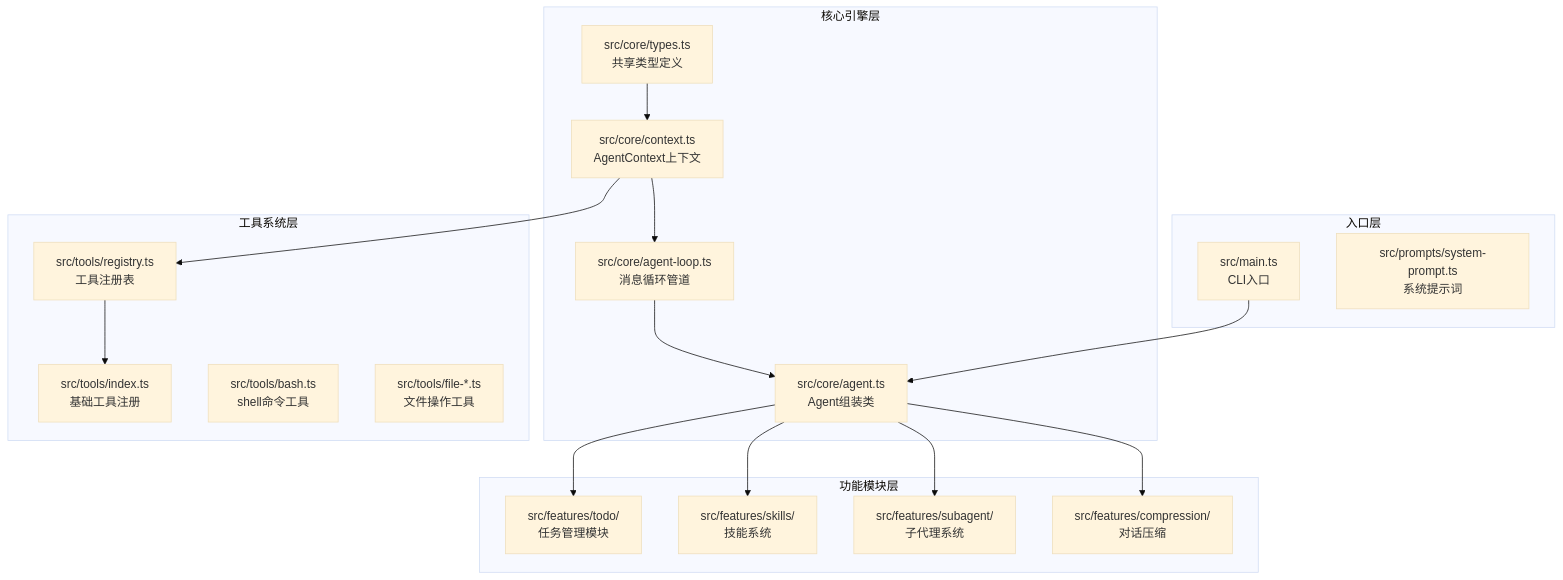
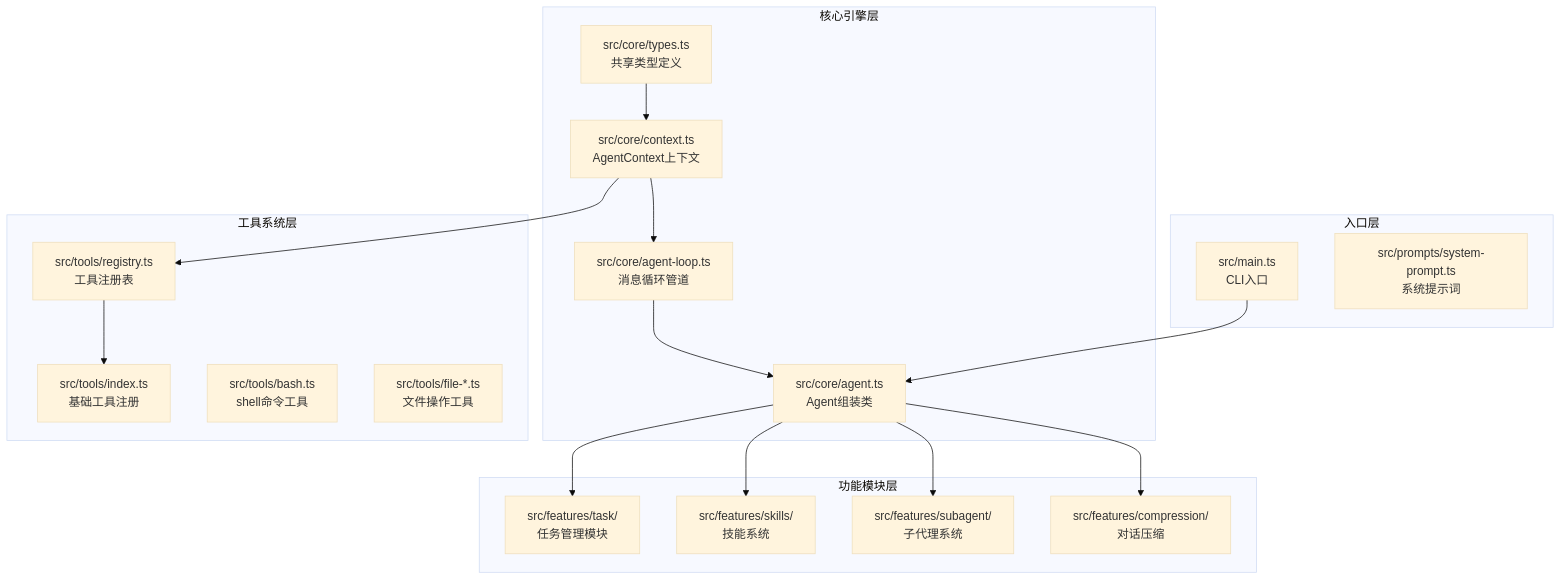
The first of 4 diagrams in .qoder/repowiki/zh/content/核心功能详解/任务规划管理.md (eurekaYYzero/Mini-Claude-Code), drawn with Mermaid (base theme) before and after one commit. The commit also changed other lines of this file and 5 other files, not shown here.

````diff
--- a/.qoder/repowiki/zh/content/核心功能详解/任务规划管理.md
+++ b/.qoder/repowiki/zh/content/核心功能详解/任务规划管理.md
@@ -46,32 +48,32 @@
 ```mermaid
 graph TB
 subgraph "核心引擎层"
 A["src/core/types.ts<br/>共享类型定义"]
 B["src/core/context.ts<br/>AgentContext上下文"]
 C["src/core/agent-loop.ts<br/>消息循环管道"]
 D["src/core/agent.ts<br/>Agent组装类"]
 end
 subgraph "工具系统层"
 E["src/tools/registry.ts<br/>工具注册表"]
 F["src/tools/index.ts<br/>基础工具注册"]
 G["src/tools/bash.ts<br/>shell命令工具"]
 H["src/tools/file-*.ts<br/>文件操作工具"]
 end
 subgraph "功能模块层"
-I["src/features/todo/<br/>任务管理模块"]
+I["src/features/task/<br/>任务管理模块"]
 J["src/features/skills/<br/>技能系统"]
 K["src/features/subagent/<br/>子代理系统"]
 L["src/features/compression/<br/>对话压缩"]
 end
 subgraph "入口层"
 M["src/main.ts<br/>CLI入口"]
 N["src/prompts/system-prompt.ts<br/>系统提示词"]
 end
 A --> B --> C --> D
 B --> E --> F
 D --> I
 D --> J
 D --> K
 D --> L
 M --> D
 ```
````
